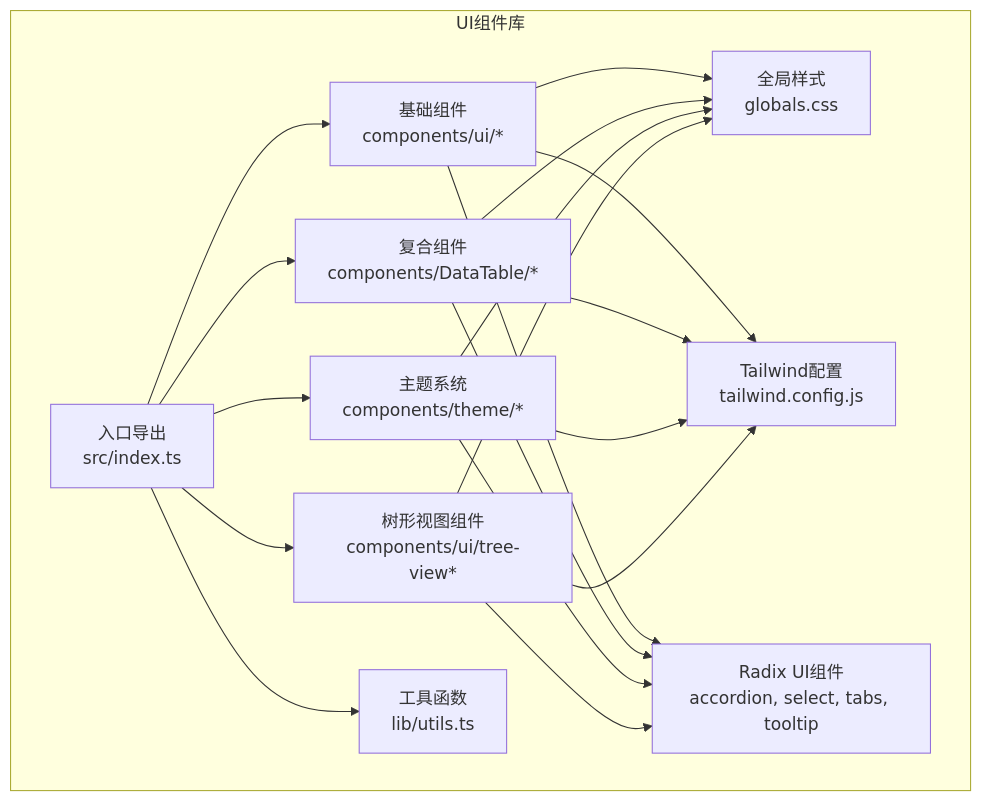
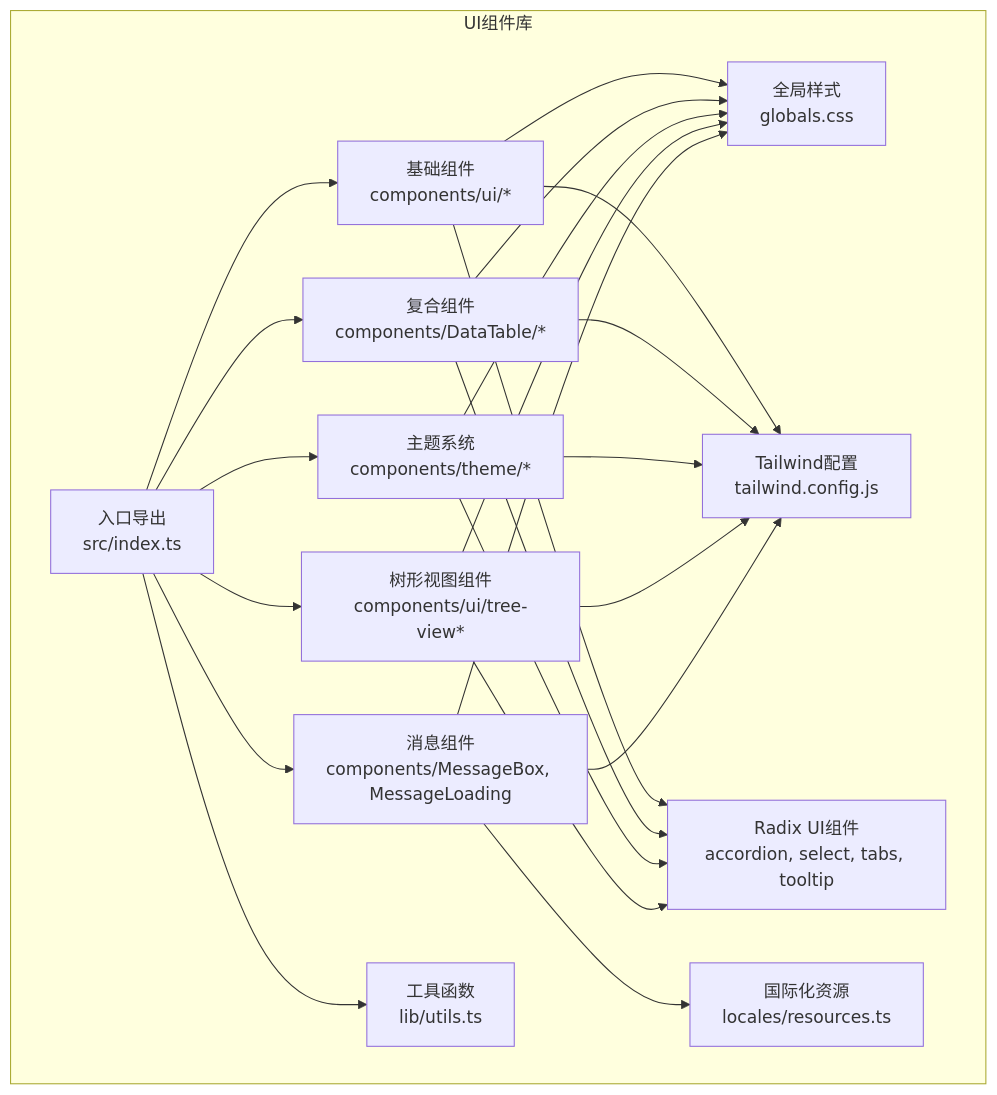
The first of 10 diagrams in .qoder/repowiki/zh/content/核心模块/UI组件库.md (LRF0422/Kotion), drawn with Mermaid before and after one commit. The commit also changed other lines of this file and 19 other files, not shown here.

````diff
--- a/.qoder/repowiki/zh/content/核心模块/UI组件库.md
+++ b/.qoder/repowiki/zh/content/核心模块/UI组件库.md
@@ -66,31 +70,37 @@
 ```mermaid
 graph TB
 subgraph "UI组件库"
 A["入口导出<br/>src/index.ts"]
 B["基础组件<br/>components/ui/*"]
 C["复合组件<br/>components/DataTable/*"]
 D["主题系统<br/>components/theme/*"]
 E["树形视图组件<br/>components/ui/tree-view*"]
-F["工具函数<br/>lib/utils.ts"]
-G["全局样式<br/>globals.css"]
-H["Tailwind配置<br/>tailwind.config.js"]
-I["Radix UI组件<br/>accordion, select, tabs, tooltip"]
+F["消息组件<br/>components/MessageBox, MessageLoading"]
+G["工具函数<br/>lib/utils.ts"]
+H["全局样式<br/>globals.css"]
+I["Tailwind配置<br/>tailwind.config.js"]
+J["Radix UI组件<br/>accordion, select, tabs, tooltip"]
+K["国际化资源<br/>locales/resources.ts"]
 end
 A --> B
 A --> C
 A --> D
 A --> E
 A --> F
-B --> G
-C --> G
-D --> G
-E --> G
+A --> G
 B --> H
 C --> H
 D --> H
 E --> H
+F --> H
 B --> I
 C --> I
 D --> I
 E --> I
+F --> I
+B --> J
+C --> J
+D --> J
+E --> J
+F --> K
 ```
````
